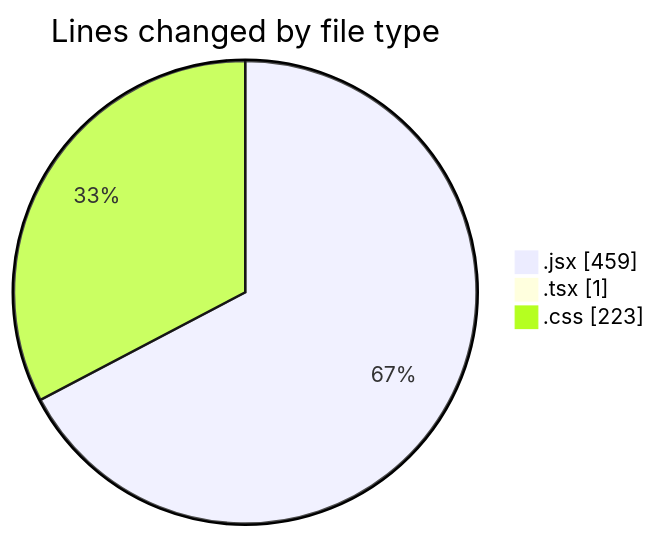
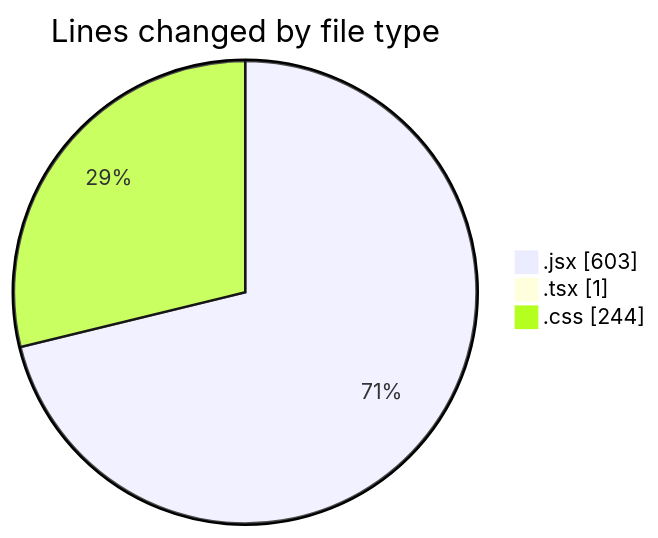
One commit to Elitesun/code-tracking changed the first of 2 diagrams in 2025-02-10/react_ecom/README.md. Above: the diagram before and after it, drawn with Mermaid. The commit also changed other lines of this file and 1 other file, not shown here.

````diff
--- a/2025-02-10/react_ecom/README.md
+++ b/2025-02-10/react_ecom/README.md
@@ -30,7 +31,7 @@
 ```mermaid
 pie showData
 title Lines changed by file type
-".jsx" : 459
+".jsx" : 603
 ".tsx" : 1
-".css" : 223
+".css" : 244
 ```
````
